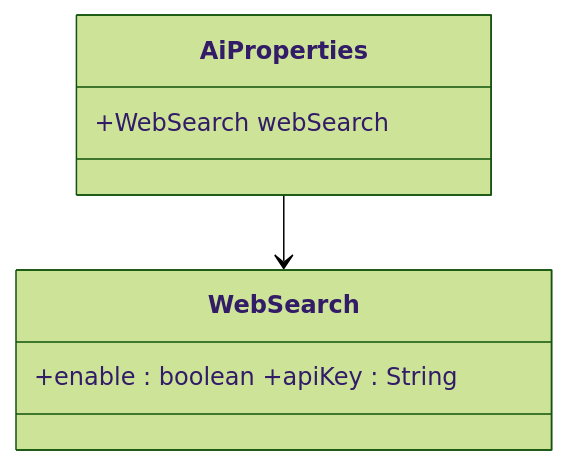
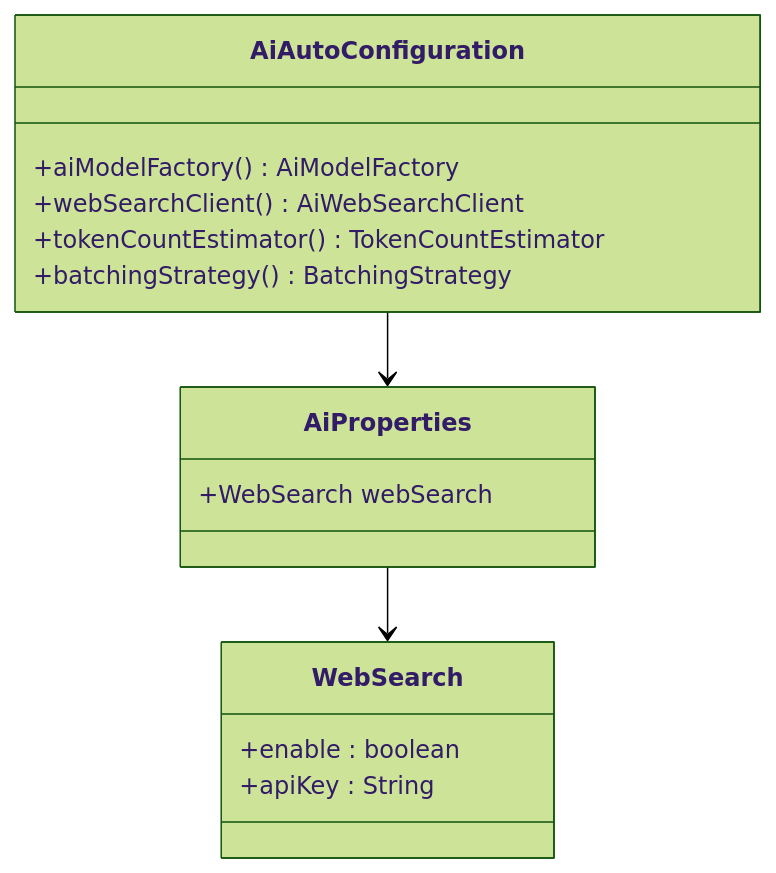
The second of 6 diagrams in .qoder/repowiki/zh/content/配置指南.md (X555LB/data-ai), drawn with Mermaid (forest theme) before and after one commit. The commit also changed other lines of this file and 9 other files, not shown here.

````diff
--- a/.qoder/repowiki/zh/content/配置指南.md
+++ b/.qoder/repowiki/zh/content/配置指南.md
@@ -150,8 +185,18 @@
 ```mermaid
 classDiagram
 class AiProperties {
 +WebSearch webSearch
 }
-class WebSearch { +enable : boolean +apiKey : String }
+class WebSearch {
++enable : boolean
++apiKey : String
+}
+class AiAutoConfiguration {
++aiModelFactory() AiModelFactory
++webSearchClient() AiWebSearchClient
++tokenCountEstimator() TokenCountEstimator
++batchingStrategy() BatchingStrategy
+}
 AiProperties --> WebSearch
+AiAutoConfiguration --> AiProperties
 ```
````
